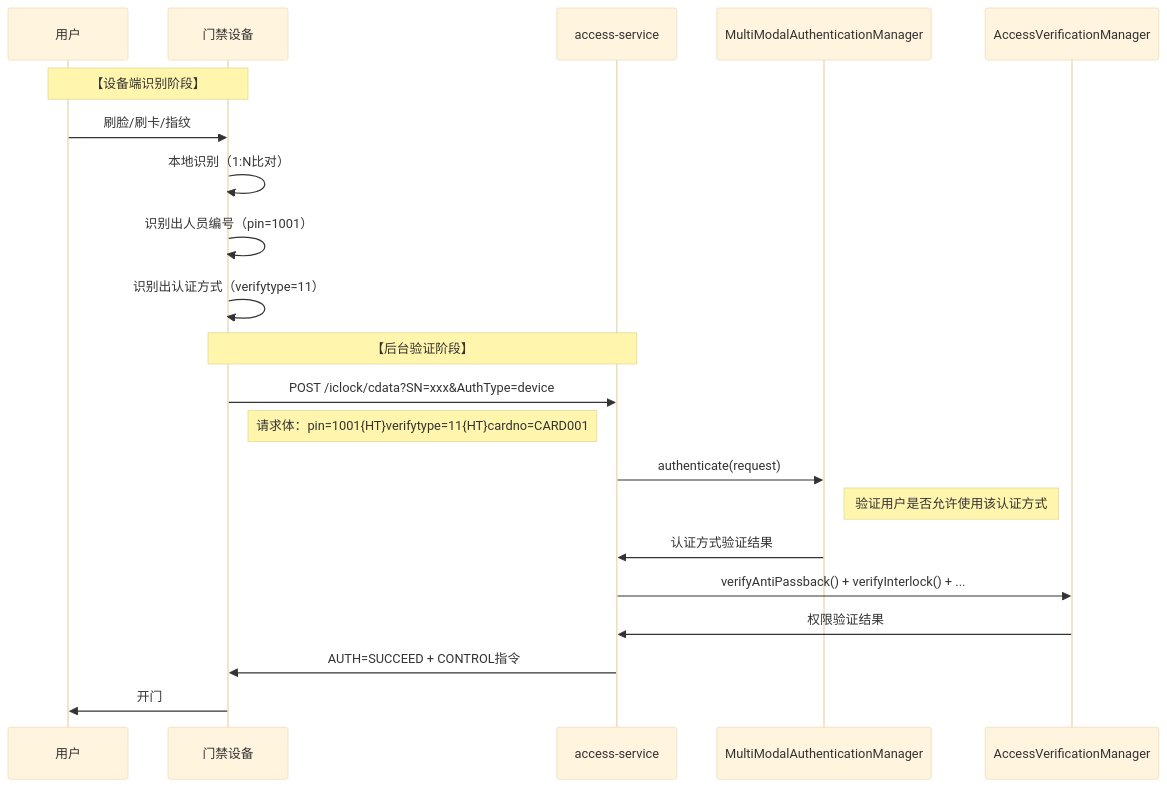
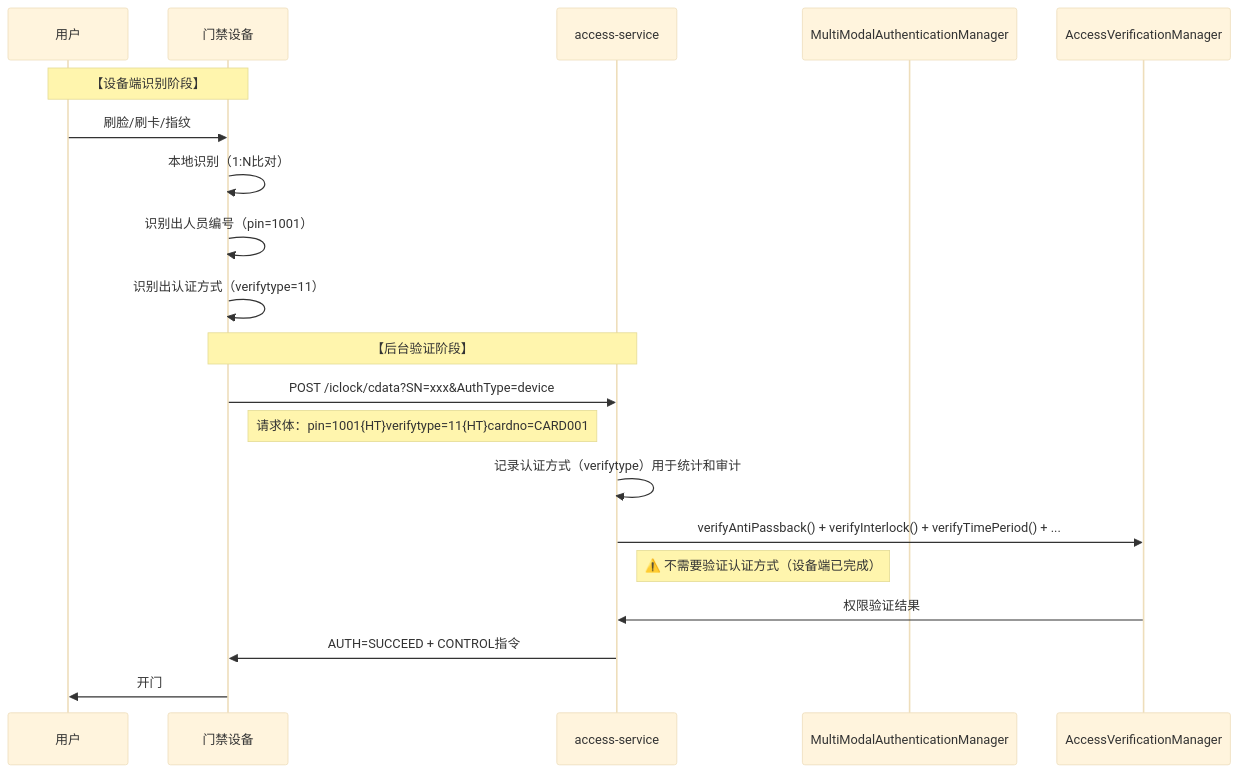
One commit to wilson323/IOE-DREAMfornew changed the diagram in documentation/technical/MULTI_MODAL_AUTHENTICATION_CORRECT_UNDERSTANDING.md. Above: the diagram before and after it, drawn with Mermaid (base theme). The commit also changed other lines of this file and 20 other files, not shown here.

````diff
--- a/documentation/technical/MULTI_MODAL_AUTHENTICATION_CORRECT_UNDERSTANDING.md
+++ b/documentation/technical/MULTI_MODAL_AUTHENTICATION_CORRECT_UNDERSTANDING.md
@@ -79,25 +79,24 @@
 ```mermaid
 sequenceDiagram
     participant User as 用户
     participant Device as 门禁设备
     participant Access as access-service
     participant MultiModal as MultiModalAuthenticationManager
     participant Manager as AccessVerificationManager
 
     Note over User,Device: 【设备端识别阶段】
     User->>Device: 刷脸/刷卡/指纹
     Device->>Device: 本地识别（1:N比对）
     Device->>Device: 识别出人员编号（pin=1001）
     Device->>Device: 识别出认证方式（verifytype=11）
 
     Note over Device,Access: 【后台验证阶段】
     Device->>Access: POST /iclock/cdata?SN=xxx&AuthType=device
     Note right of Device: 请求体：pin=1001{HT}verifytype=11{HT}cardno=CARD001
-    Access->>MultiModal: authenticate(request)
-    Note right of MultiModal: 验证用户是否允许使用该认证方式
-    MultiModal->>Access: 认证方式验证结果
-    Access->>Manager: verifyAntiPassback() + verifyInterlock() + ...
+    Access->>Access: 记录认证方式（verifytype）用于统计和审计
+    Access->>Manager: verifyAntiPassback() + verifyInterlock() + verifyTimePeriod() + ...
+    Note right of Access: ⚠️ 不需要验证认证方式（设备端已完成）
     Manager->>Access: 权限验证结果
     Access->>Device: AUTH=SUCCEED + CONTROL指令
     Device->>User: 开门
 ```
````
